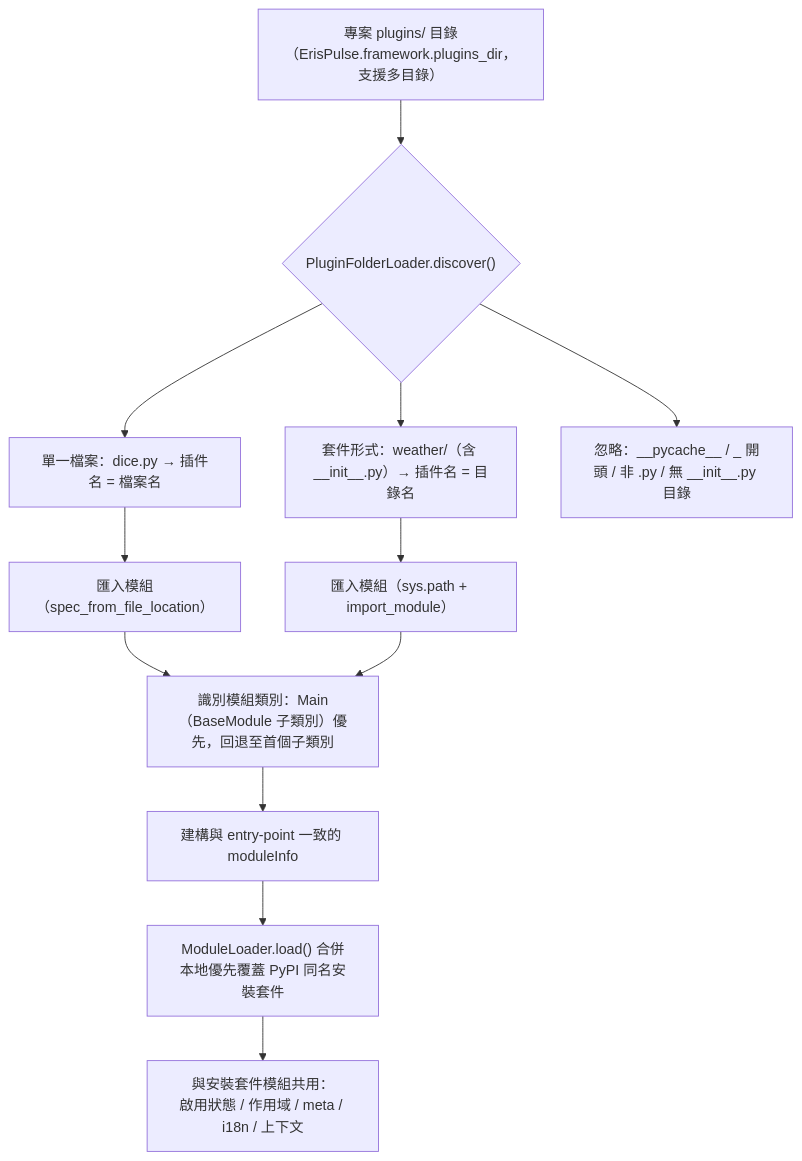
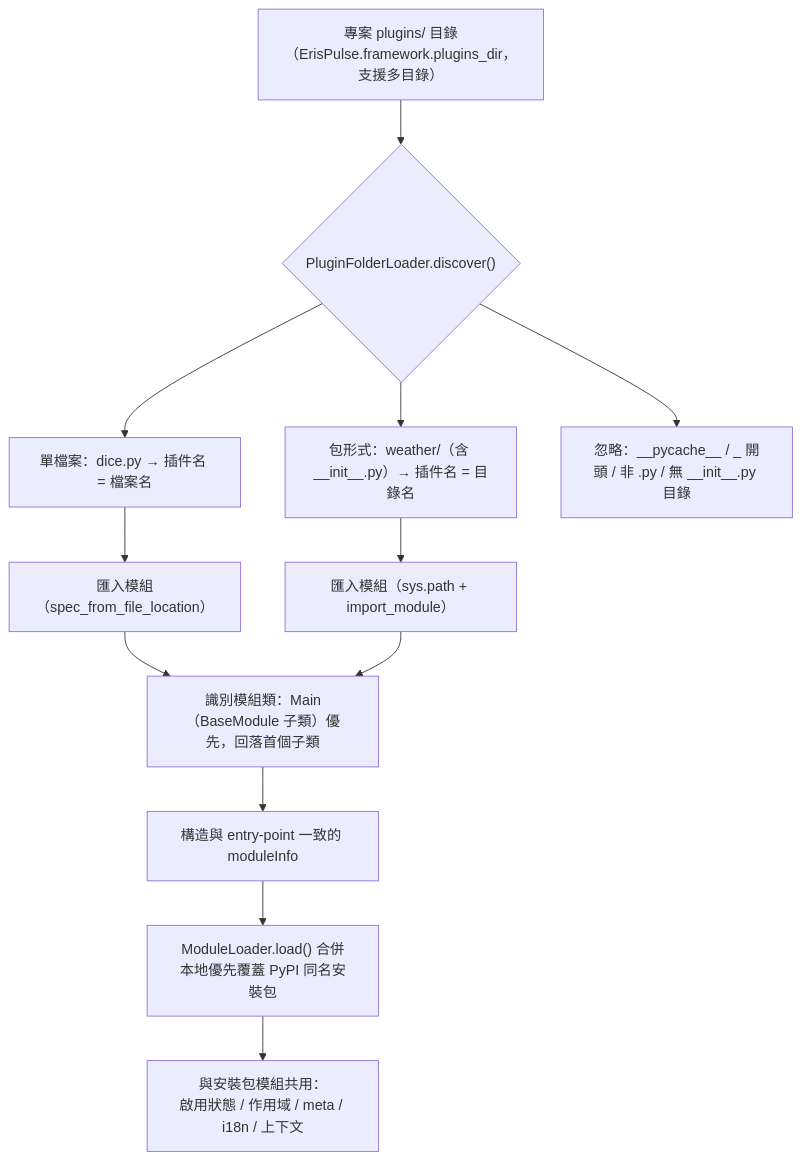
Before and after one commit to ErisPulse/ErisPulse: the eighth of 9 diagrams in docs/zh-TW/architecture.md, drawn with Mermaid. The commit also changed other lines of this file and 622 other files, not shown here.

````diff
--- a/docs/zh-TW/architecture.md
+++ b/docs/zh-TW/architecture.md
@@ -258,14 +258,14 @@
 ```mermaid
 flowchart TD
     A["專案 plugins/ 目錄<br/>（ErisPulse.framework.plugins_dir，支援多目錄）"] --> B{"PluginFolderLoader.discover()"}
-    B --> C["單一檔案：dice.py → 插件名 = 檔案名"]
-    B --> D["套件形式：weather/（含 __init__.py）→ 插件名 = 目錄名"]
+    B --> C["單檔案：dice.py → 插件名 = 檔案名"]
+    B --> D["包形式：weather/（含 __init__.py）→ 插件名 = 目錄名"]
     B --> E["忽略：__pycache__ / _ 開頭 / 非 .py / 無 __init__.py 目錄"]
     C --> F["匯入模組（spec_from_file_location）"]
     D --> G["匯入模組（sys.path + import_module）"]
-    F --> H["識別模組類別：Main（BaseModule 子類別）優先，回退至首個子類別"]
+    F --> H["識別模組類：Main（BaseModule 子類）優先，回落首個子類"]
     G --> H
-    H --> I["建構與 entry-point 一致的 moduleInfo"]
-    I --> J["ModuleLoader.load() 合併<br/>本地優先覆蓋 PyPI 同名安裝套件"]
-    J --> K["與安裝套件模組共用：<br/>啟用狀態 / 作用域 / meta / i18n / 上下文"]
+    H --> I["構造與 entry-point 一致的 moduleInfo"]
+    I --> J["ModuleLoader.load() 合併<br/>本地優先覆蓋 PyPI 同名安裝包"]
+    J --> K["與安裝包模組共用：<br/>啟用狀態 / 作用域 / meta / i18n / 上下文"]
 ```
````
